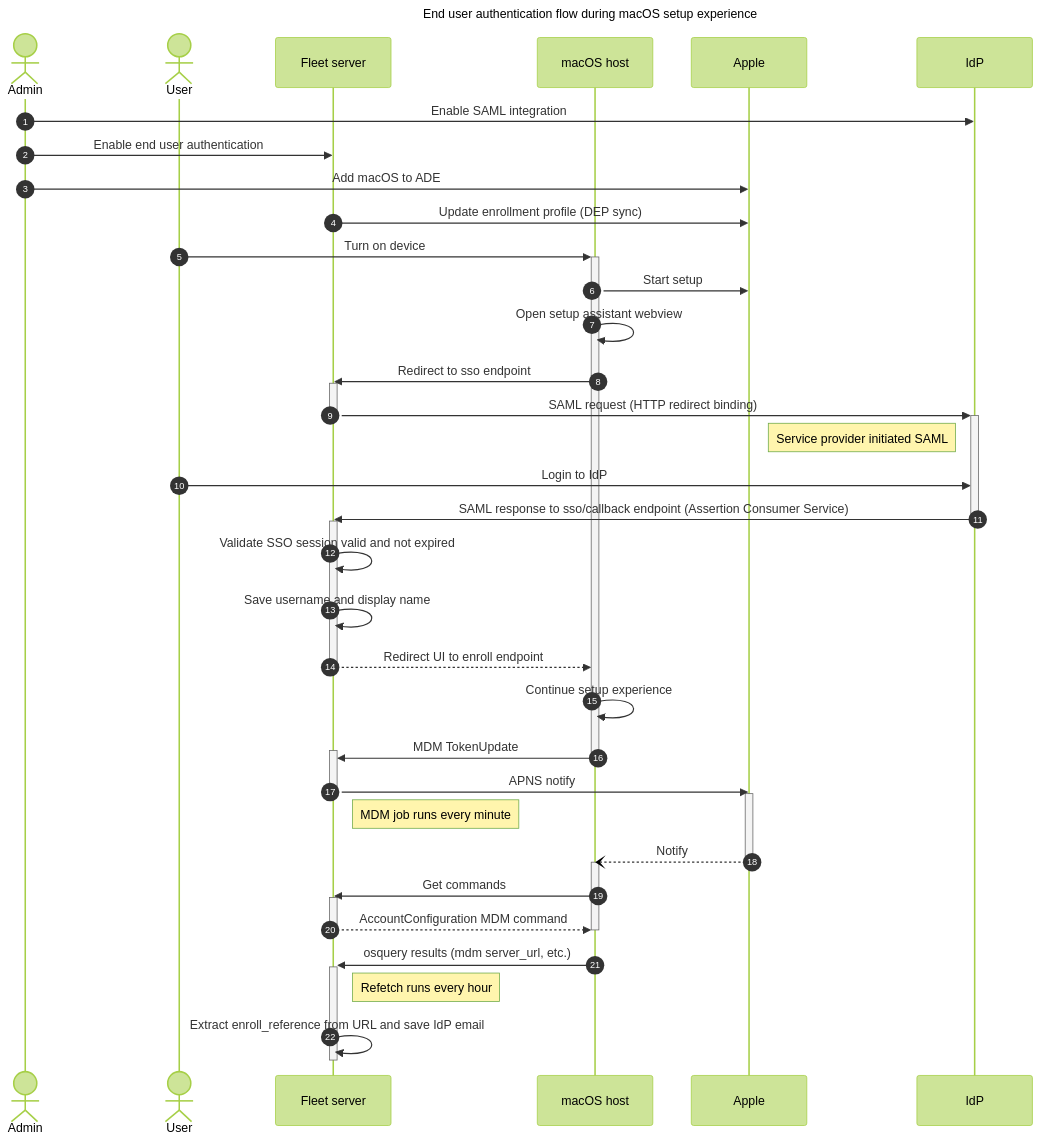
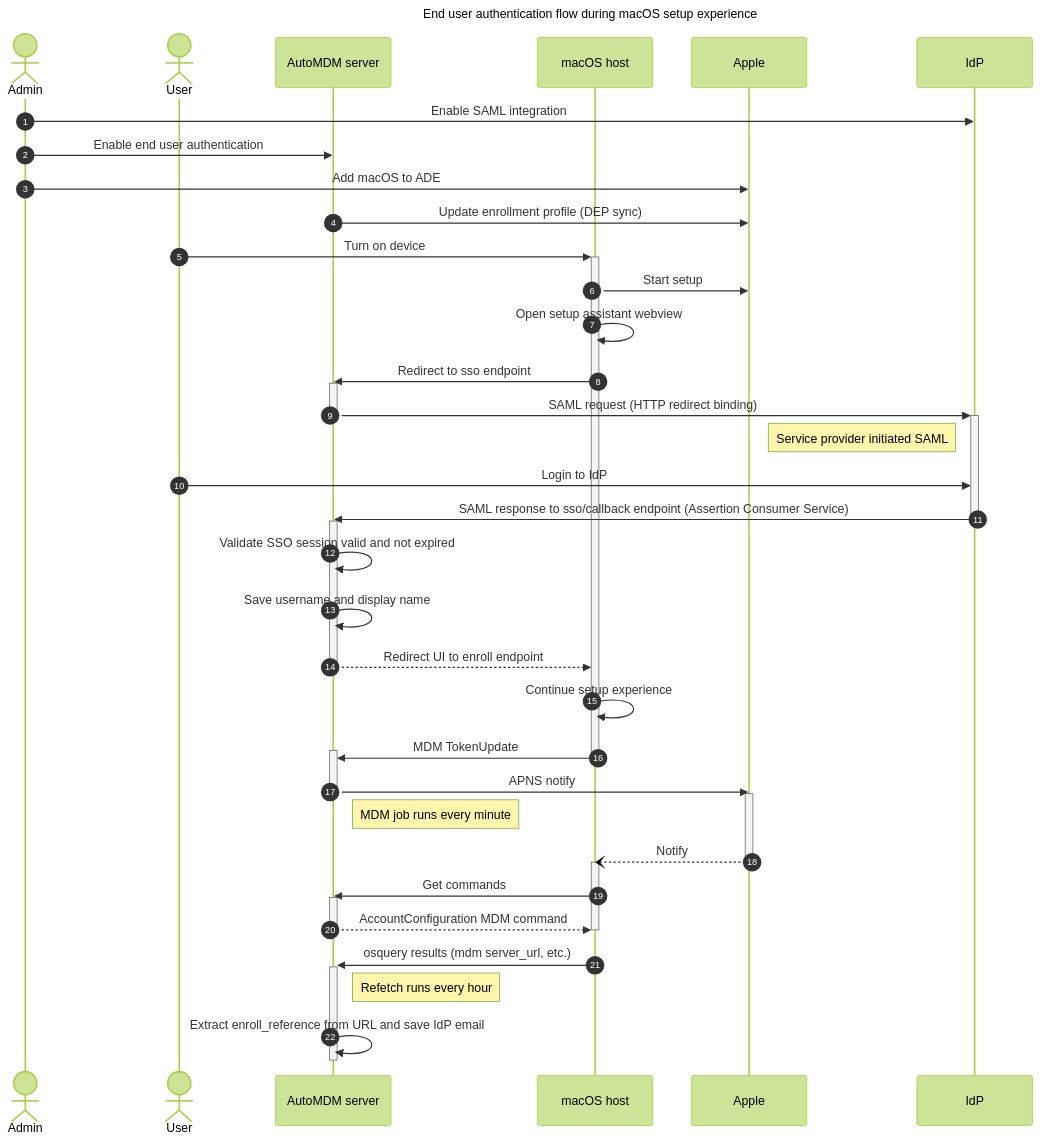
Before and after one commit to anilyagiz/AutoMDM: the diagram in docs/Contributing/authentication/mdm-end-user-authentication.md, drawn with Mermaid (forest theme). The commit also changed other lines of this file and 7979 other files, not shown here.

First line of the commit message:
Rebrand Fleet as AutoMDM (mechanical pass)

````diff
--- a/docs/Contributing/authentication/mdm-end-user-authentication.md
+++ b/docs/Contributing/authentication/mdm-end-user-authentication.md
@@ -40,49 +40,49 @@
 ```mermaid
 ---
 title: End user authentication flow during macOS setup experience
 ---
 sequenceDiagram
     autonumber
     actor Admin
     actor User
-    participant fleet as Fleet server
+    participant automdm as AutoMDM server
     participant host as macOS host
     participant Apple
     participant IdP
     Admin->>IdP: Enable SAML integration
-    Admin->>fleet: Enable end user authentication
+    Admin->>automdm: Enable end user authentication
     Admin->>Apple: Add macOS to ADE
-    fleet->>Apple: Update enrollment profile (DEP sync)
+    automdm->>Apple: Update enrollment profile (DEP sync)
     User->>+host: Turn on device
     host->>Apple: Start setup
     host->>host: Open setup assistant webview
-    host->>fleet: Redirect to sso endpoint
-    activate fleet
-    fleet->>+IdP: SAML request (HTTP redirect binding)
-    deactivate fleet
+    host->>automdm: Redirect to sso endpoint
+    activate automdm
+    automdm->>+IdP: SAML request (HTTP redirect binding)
+    deactivate automdm
     Note left of IdP: Service provider initiated SAML
     User->>IdP: Login to IdP
-    IdP->>-fleet: SAML response to sso/callback endpoint (Assertion Consumer Service)
-    activate fleet
-    fleet->>fleet: Validate SSO session valid and not expired
-    fleet->>fleet: Save username and display name
-    fleet-->>host: Redirect UI to enroll endpoint
-    deactivate fleet
+    IdP->>-automdm: SAML response to sso/callback endpoint (Assertion Consumer Service)
+    activate automdm
+    automdm->>automdm: Validate SSO session valid and not expired
+    automdm->>automdm: Save username and display name
+    automdm-->>host: Redirect UI to enroll endpoint
+    deactivate automdm
     host->>host: Continue setup experience
-    host->>+fleet: MDM TokenUpdate
+    host->>+automdm: MDM TokenUpdate
     deactivate host
-    fleet->>-Apple: APNS notify
+    automdm->>-Apple: APNS notify
     activate Apple
-    Note right of fleet: MDM job runs every minute
+    Note right of automdm: MDM job runs every minute
     Apple--)host: Notify
     deactivate Apple
     activate host
-    host->>fleet: Get commands
-    activate fleet
-    fleet-->>host: AccountConfiguration MDM command
+    host->>automdm: Get commands
+    activate automdm
+    automdm-->>host: AccountConfiguration MDM command
     deactivate host
-    deactivate fleet
-    host->>+fleet: osquery results (mdm server_url, etc.)
-    Note right of fleet: Refetch runs every hour
-    fleet->>-fleet: Extract enroll_reference from URL and save IdP email
+    deactivate automdm
+    host->>+automdm: osquery results (mdm server_url, etc.)
+    Note right of automdm: Refetch runs every hour
+    automdm->>-automdm: Extract enroll_reference from URL and save IdP email
 ```
````
